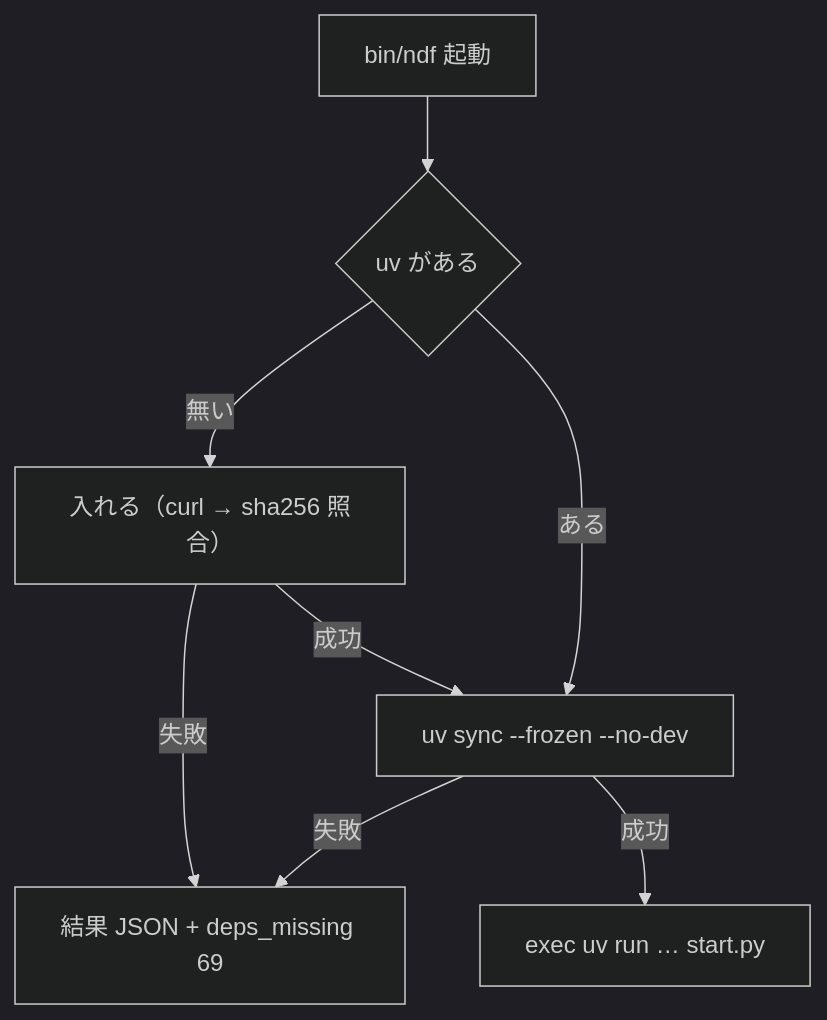
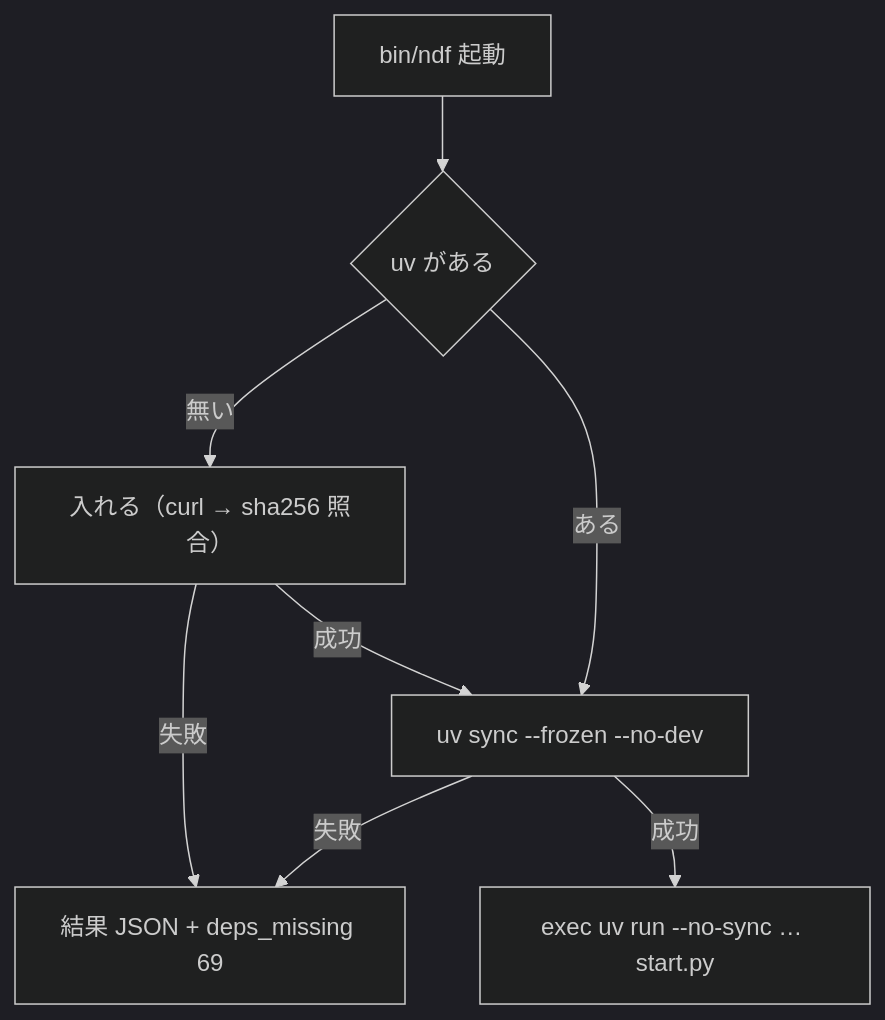
The fifth of 5 diagrams in issues/issue-3687-design.md (devbasex/ai-plugins), drawn with Mermaid (dark theme) before and after one commit. The commit also changed other lines of this file and 4 other files, not shown here.

````diff
--- a/issues/issue-3687-design.md
+++ b/issues/issue-3687-design.md
@@ -273,10 +284,10 @@
 ```mermaid
 flowchart TB
   S["bin/ndf 起動"] --> U{"uv がある"}
   U -->|無い| I["入れる（curl → sha256 照合）"]
   I -->|失敗| E["結果 JSON + deps_missing 69"]
   U -->|ある| Y["uv sync --frozen --no-dev"]
   I -->|成功| Y
   Y -->|失敗| E
-  Y -->|成功| X["exec uv run … start.py"]
+  Y -->|成功| X["exec uv run --no-sync … start.py"]
 ```
````
